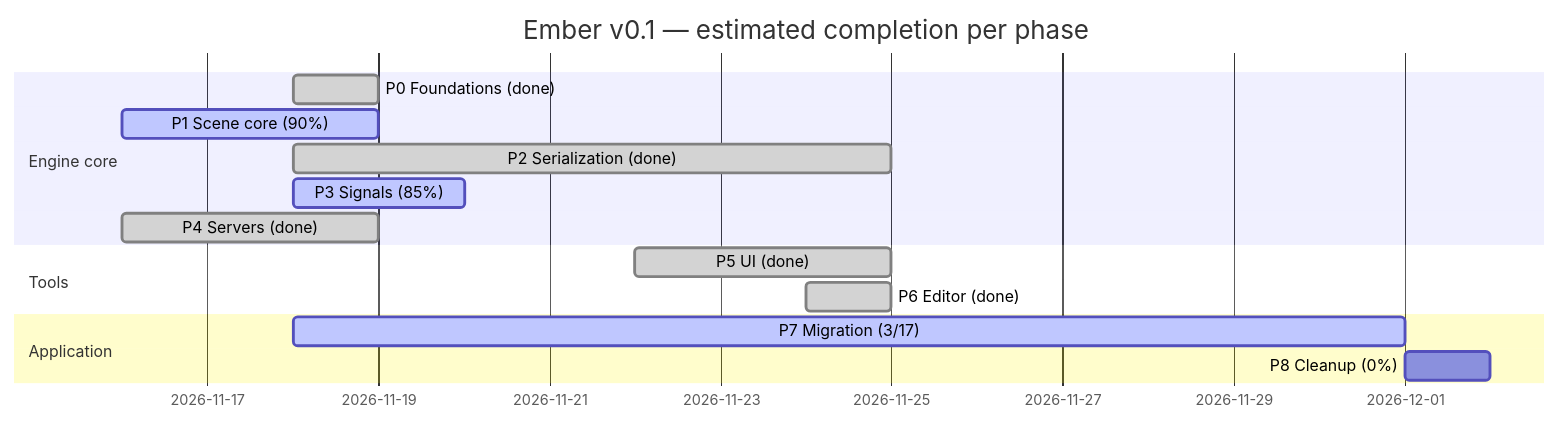
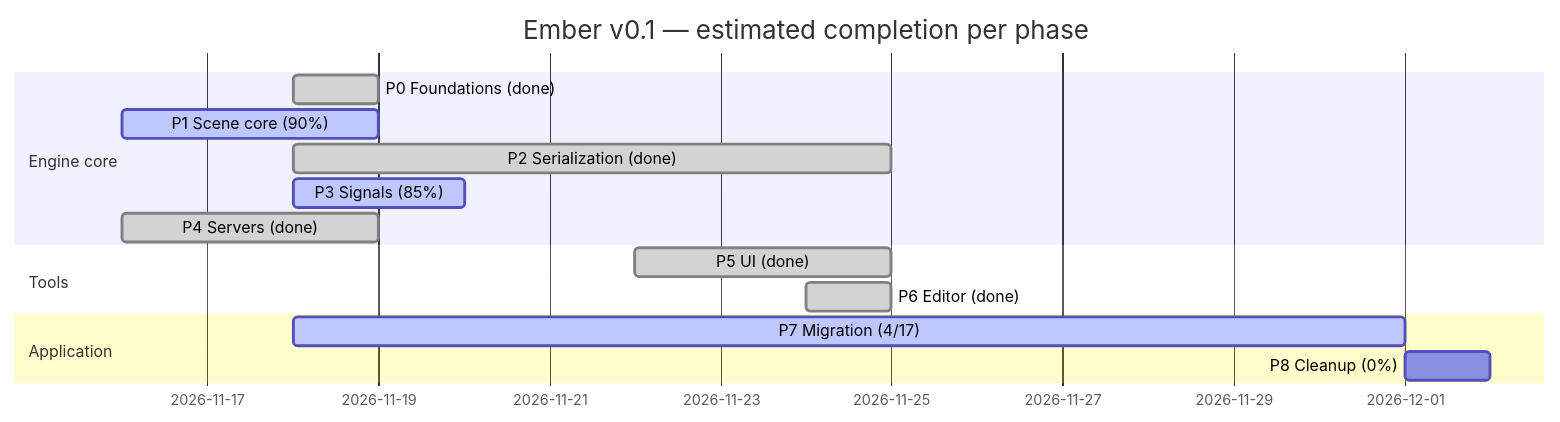
Before and after one commit to titouanthd/ember: the diagram in ember-vault/60 Progress/Roadmap Tracker.md, drawn with Mermaid. The commit also changed other lines of this file and 2 other files, not shown here.

Commit message:
doc(vault-roadmap): Record the Memory migration
Claude-Session: https://claude.ai/code/session_01KZu2p7u1BSSjGnHzBb5VMj

````diff
--- a/ember-vault/60 Progress/Roadmap Tracker.md
+++ b/ember-vault/60 Progress/Roadmap Tracker.md
@@ -11,17 +11,17 @@
 ```mermaid
 gantt
   dateFormat YYYY-MM-DD
   title Ember v0.1 — estimated completion per phase
   section Engine core
   P0 Foundations (done)  :done, p0, 2026-11-18, 1d
   P1 Scene core (90%)    :active, p1, 2026-11-16, 3d
   P2 Serialization (done):done, p2, 2026-11-18, 7d
   P3 Signals (85%)       :active, p3, 2026-11-18, 2d
   P4 Servers (done)      :done, p4, 2026-11-16, 3d
   section Tools
   P5 UI (done)           :done, p5, 2026-11-22, 3d
   P6 Editor (done)       :done, p6, 2026-11-24, 1d
   section Application
-  P7 Migration (3/17)    :active, p7, 2026-11-18, 13d
+  P7 Migration (4/17)    :active, p7, 2026-11-18, 13d
   P8 Cleanup (0%)        :p8, after p7, 1d
 ```
````
